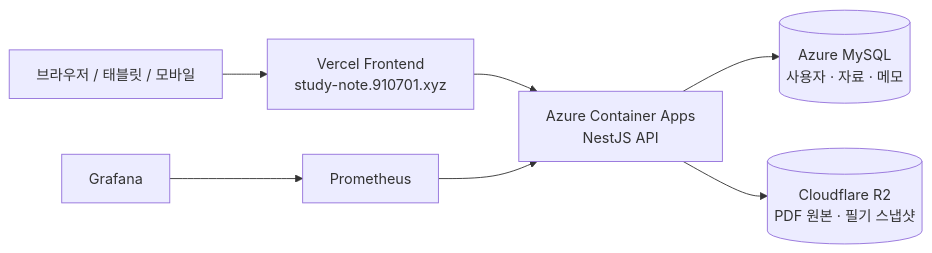
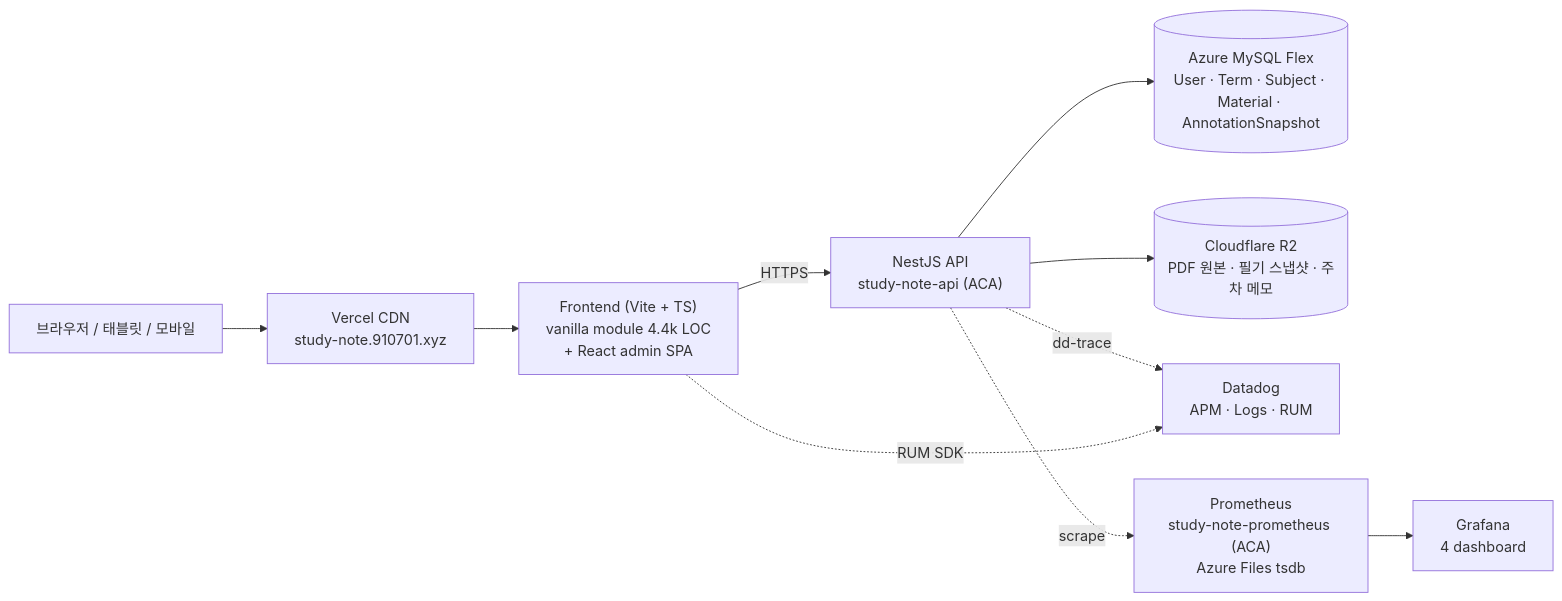
One commit to MJ-0701/study-note changed the diagram in README.md. Above: the diagram before and after it, drawn with Mermaid. The commit also changed other lines of this file, not shown here.

First line of the commit message:
docs(readme): 운영지표 v2 + 아키텍처 결정 근거 + 4 dashboard 시연경로 반영

````diff
--- a/README.md
+++ b/README.md
@@ -55,9 +60,12 @@
 ```mermaid
 flowchart LR
-    User["브라우저 / 태블릿 / 모바일"] --> Web["Vercel Frontend<br/>study-note.910701.xyz"]
-    Web --> Api["Azure Container Apps<br/>NestJS API"]
-    Api --> Db[("Azure MySQL<br/>사용자 · 자료 · 메모")]
-    Api --> R2[("Cloudflare R2<br/>PDF 원본 · 필기 스냅샷")]
-    Prom["Prometheus"] --> Api
-    Graf["Grafana"] --> Prom
+    User["브라우저 / 태블릿 / 모바일"] --> CDN["Vercel CDN<br/>study-note.910701.xyz"]
+    CDN --> Web["Frontend (Vite + TS)<br/>vanilla module 4.4k LOC<br/>+ React admin SPA"]
+    Web -->|HTTPS| Api["NestJS API<br/>study-note-api (ACA)"]
+    Api --> Db[("Azure MySQL Flex<br/>User · Term · Subject · Material · AnnotationSnapshot")]
+    Api --> R2[("Cloudflare R2<br/>PDF 원본 · 필기 스냅샷 · 주차 메모")]
+    Api -.dd-trace.-> DD["Datadog<br/>APM · Logs · RUM"]
+    Api -.scrape.-> Prom["Prometheus<br/>study-note-prometheus (ACA)<br/>Azure Files tsdb"]
+    Prom --> Graf["Grafana<br/>4 dashboard"]
+    Web -.RUM SDK.-> DD
 ```
````
